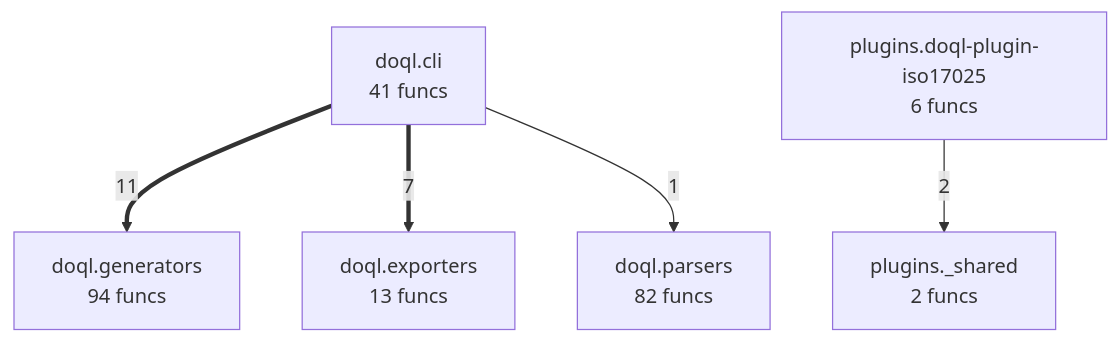
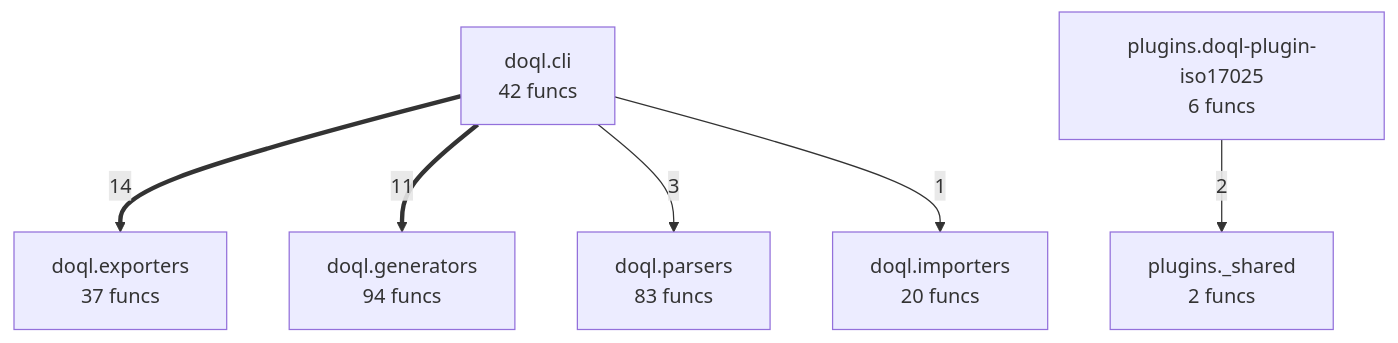
The diagram in project/compact_flow.mmd (oqlos/doql), drawn with Mermaid before and after one commit. The commit also changed 258 other files, not shown here.

```diff
--- a/project/compact_flow.mmd
+++ b/project/compact_flow.mmd
@@ -1,11 +1,13 @@
 flowchart TD
-    doql__cli["doql.cli<br/>41 funcs"]
-    doql__exporters["doql.exporters<br/>13 funcs"]
+    doql__cli["doql.cli<br/>42 funcs"]
+    doql__exporters["doql.exporters<br/>37 funcs"]
     doql__generators["doql.generators<br/>94 funcs"]
-    doql__parsers["doql.parsers<br/>82 funcs"]
+    doql__importers["doql.importers<br/>20 funcs"]
+    doql__parsers["doql.parsers<br/>83 funcs"]
     plugins___shared["plugins._shared<br/>2 funcs"]
     plugins__doql_plugin_iso17025["plugins.doql-plugin-iso17025<br/>6 funcs"]
+    doql__cli ==>|14| doql__exporters
     doql__cli ==>|11| doql__generators
-    doql__cli ==>|7| doql__exporters
+    doql__cli -->|3| doql__parsers
     plugins__doql_plugin_iso17025 -->|2| plugins___shared
-    doql__cli -->|1| doql__parsers
+    doql__cli -->|1| doql__importers
```
